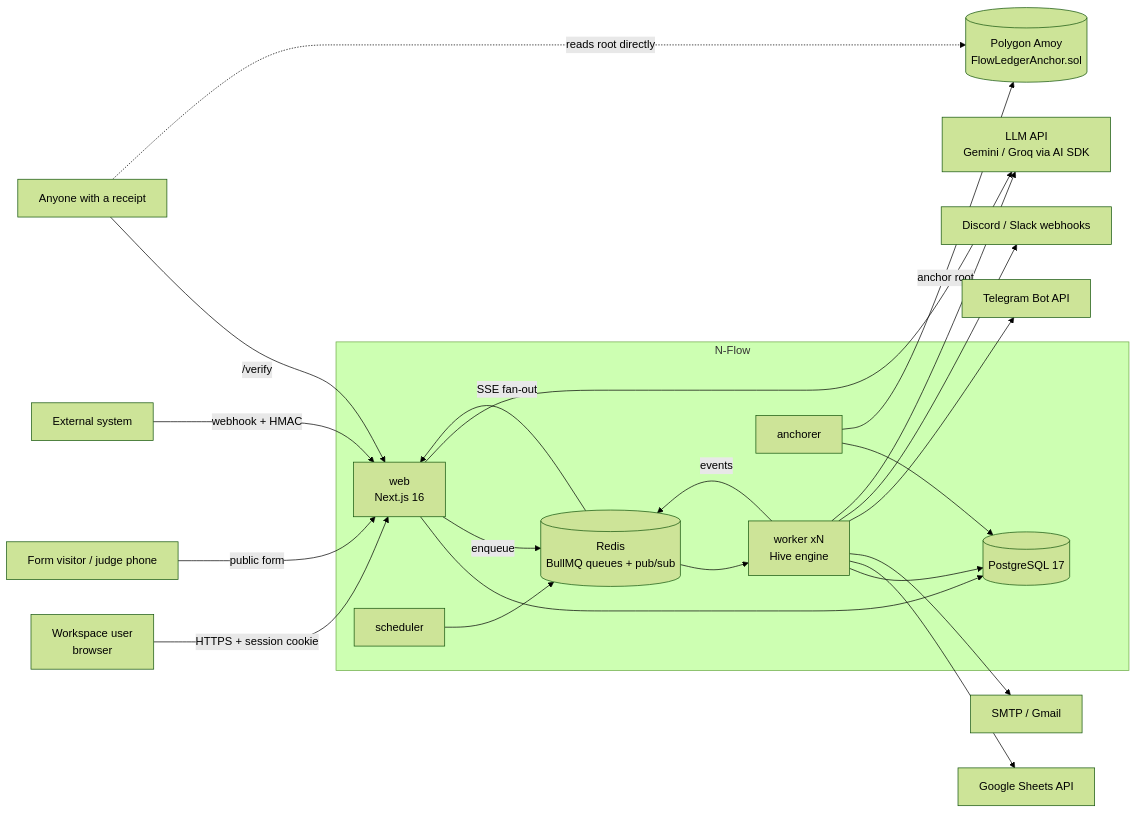
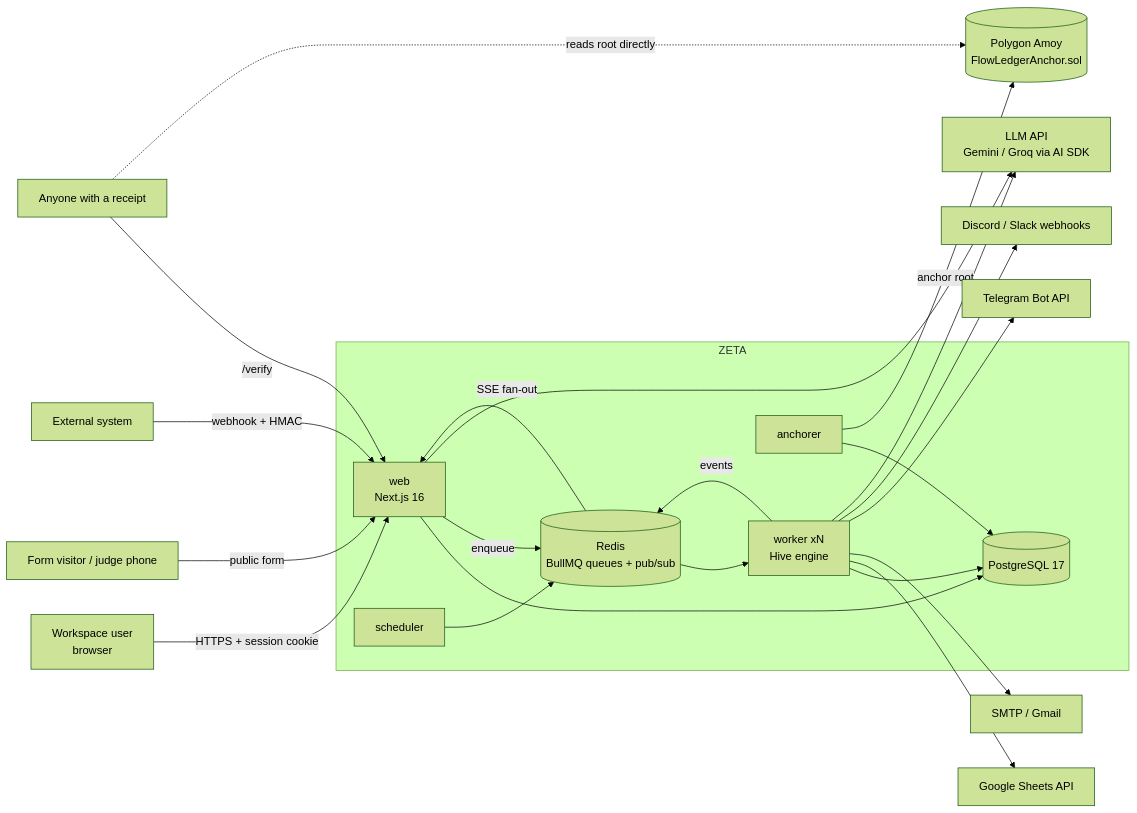
Before and after one commit to VarshithRao101/ai-thon: the first of 3 diagrams in docs/03_ARCHITECTURE.md, drawn with Mermaid (forest theme). The commit also changed other lines of this file and 67 other files, not shown here.

````diff
--- a/docs/03_ARCHITECTURE.md
+++ b/docs/03_ARCHITECTURE.md
@@ -16,31 +16,31 @@
 ```mermaid
 flowchart LR
   U[Workspace user<br/>browser] -->|HTTPS + session cookie| WEB
   V[Form visitor / judge phone] -->|public form| WEB
   EXT[External system] -->|webhook + HMAC| WEB
   P[Anyone with a receipt] -->|/verify| WEB
   P -. reads root directly .-> CHAIN
-  subgraph N-Flow
+  subgraph ZETA
     WEB[web<br/>Next.js 16]
     Q[(Redis<br/>BullMQ queues + pub/sub)]
     W[worker xN<br/>Hive engine]
     S[scheduler]
     A[anchorer]
     DB[(PostgreSQL 17)]
   end
   WEB --> DB
   WEB -->|enqueue| Q
   Q --> W
   S --> Q
   W --> DB
   W -->|events| Q
   Q -->|SSE fan-out| WEB
   A --> DB
   A -->|anchor root| CHAIN[(Polygon Amoy<br/>FlowLedgerAnchor.sol)]
   W --> GS[Google Sheets API]
   W --> SMTP[SMTP / Gmail]
   W --> TG[Telegram Bot API]
   W --> DC[Discord / Slack webhooks]
   W --> LLM[LLM API<br/>Gemini / Groq via AI SDK]
   WEB --> LLM
 ```
````
